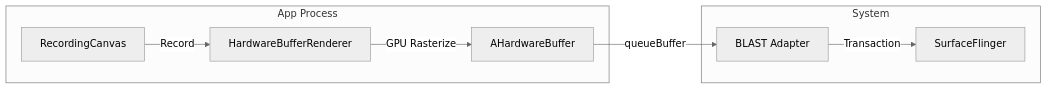
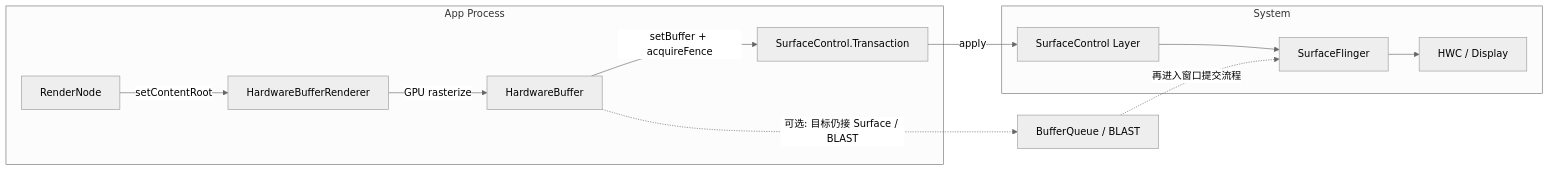
The first of 2 diagrams in src/part2-performance/ch18-rendering-pipelines/17-hardware-buffer-renderer.md (Gracker/android-internals-wiki), drawn with Mermaid (neutral theme) before and after one commit. The commit also changed other lines of this file and 2 other files, not shown here.

First line of the commit message:
[openclaw] rework: 18.17 Hardware Buffer Renderer — Deep Tech Review 回炉修复

````diff
--- a/src/part2-performance/ch18-rendering-pipelines/17-hardware-buffer-renderer.md
+++ b/src/part2-performance/ch18-rendering-pipelines/17-hardware-buffer-renderer.md
@@ -51,18 +54,25 @@
 ```mermaid
 graph LR
     subgraph "App Process"
-        Canvas[RecordingCanvas]
-        Renderer[HardwareBufferRenderer]
-        HB[AHardwareBuffer]
+        RN[RenderNode]
+        HBR[HardwareBufferRenderer]
+        HB[HardwareBuffer]
+        TX[SurfaceControl.Transaction]
     end
-    
+
     subgraph "System"
-        BBQ[BLAST Adapter]
+        SC[SurfaceControl Layer]
         SF[SurfaceFlinger]
+        HWC[HWC / Display]
     end
-    
-    Canvas -->|Record| Renderer
-    Renderer -->|GPU Rasterize| HB
-    HB -->|queueBuffer| BBQ
-    BBQ -->|Transaction| SF
+
+    RN -->|setContentRoot| HBR
+    HBR -->|GPU rasterize| HB
+    HB -->|setBuffer + acquireFence| TX
+    TX -->|apply| SC
+    SC --> SF
+    SF --> HWC
+
+    HB -. 可选: 目标仍接 Surface / BLAST .-> BQ[BufferQueue / BLAST]
+    BQ -. 再进入窗口提交流程 .-> SF
 ```
````
